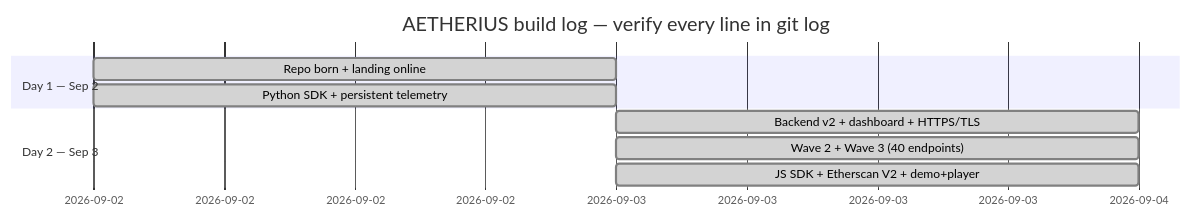
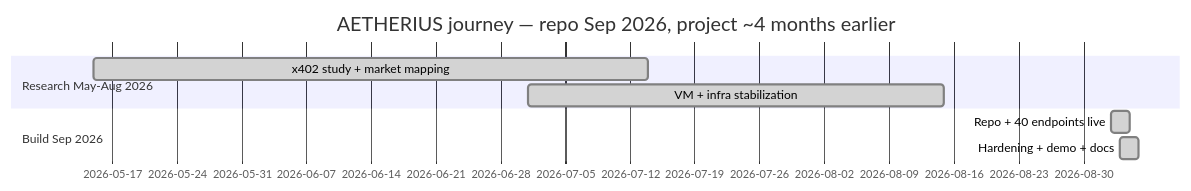
One commit to wilnowilx/aetheriusxapi changed the diagram in README.md. Above: the diagram before and after it, drawn with Mermaid. The commit also changed other lines of this file and 1 other file, not shown here.

Commit message:
README HONESTO: timeline arriba con pre-historia 4 meses, sequence auto-hospedado, fuera marketing y <9, Problem con evidencia propia

````diff
--- a/README.md
+++ b/README.md
@@ -81,12 +34,11 @@
 ```mermaid
 gantt
-    title AETHERIUS build log — verify every line in git log
+    title AETHERIUS journey — repo Sep 2026, project ~4 months earlier
     dateFormat YYYY-MM-DD
-    section Day 1 — Sep 2
-    Repo born + landing online          :done, d1, 2026-09-02, 1d
-    Python SDK + persistent telemetry   :done, d2, 2026-09-02, 1d
-    section Day 2 — Sep 3
-    Backend v2 + dashboard + HTTPS/TLS  :done, d3, 2026-09-03, 1d
-    Wave 2 + Wave 3 (40 endpoints)      :done, d4, 2026-09-03, 1d
-    JS SDK + Etherscan V2 + demo+player :done, d5, 2026-09-03, 1d
+    section Research May-Aug 2026
+    x402 study + market mapping        :done, r1, 2026-05-15, 60d
+    VM + infra stabilization           :done, r2, 2026-07-01, 45d
+    section Build Sep 2026
+    Repo + 40 endpoints live           :done, b1, 2026-09-02, 2d
+    Hardening + demo + docs            :done, b2, 2026-09-03, 2d
 ```
````
